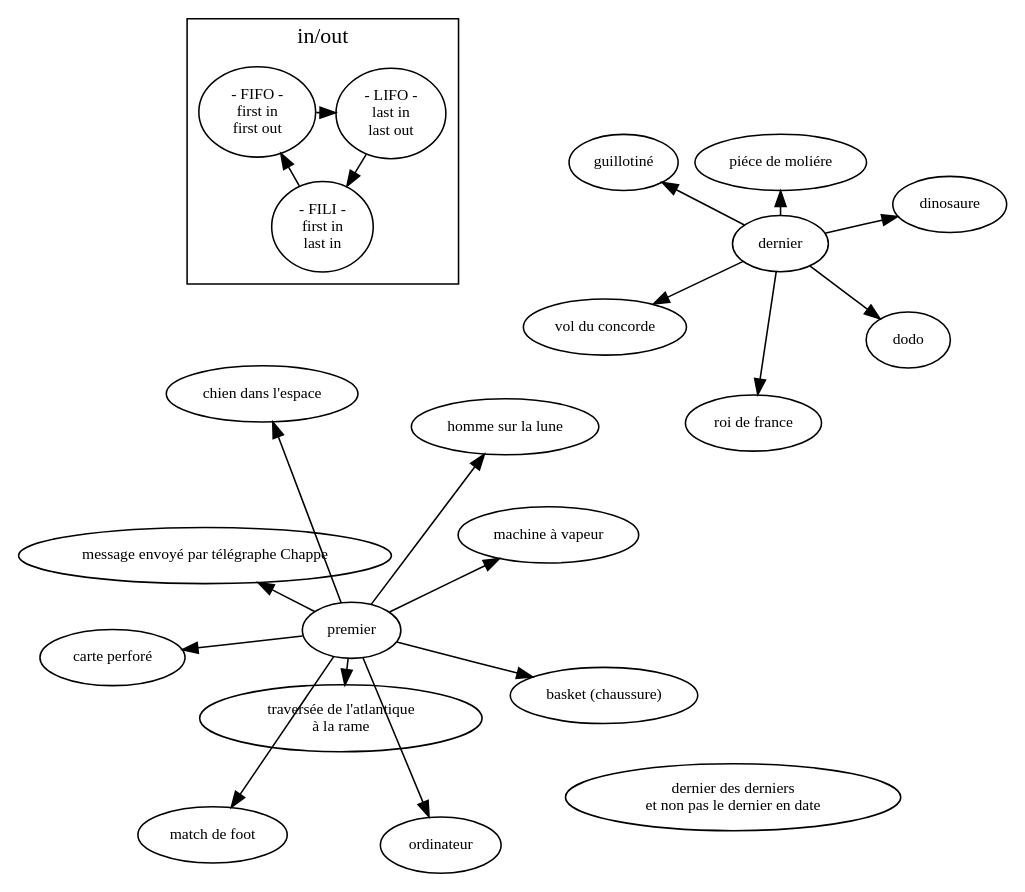
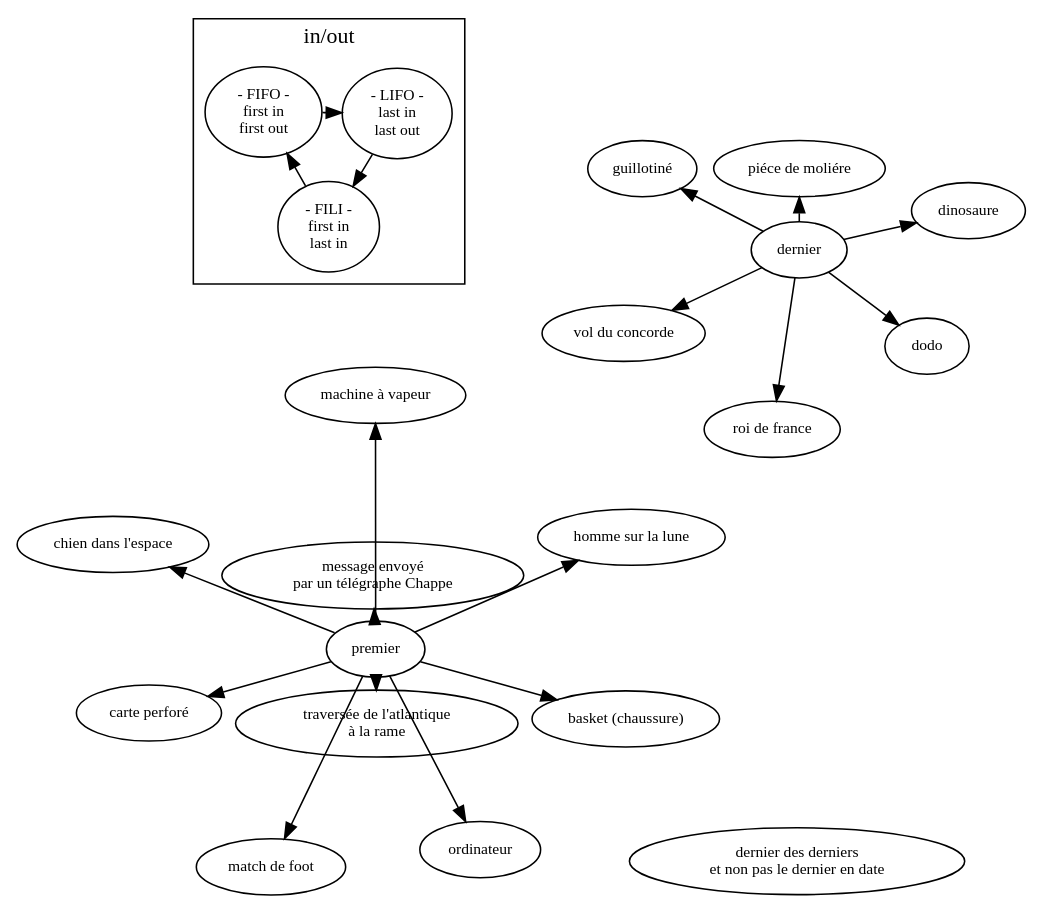
The diagram in sujet.dot (ensad-nancy/first-last), drawn with Graphviz before and after one commit.

Commit message:
+	first -> "message envoyé\npar un télégraphe Chappe"

```diff
--- a/sujet.dot
+++ b/sujet.dot
@@ -1,47 +1,47 @@
 digraph {
 
 	layout= "fdp"
 	
 
 	fontname="myriadpro"
 	fontsize = 14
 	rankdir="LR"
 	
 	
 	node [fontname="myriadpro", fontsize = 10]
 	edge [fontname="monaco", fontsize = 9]
 	
 	first [label="premier"]
 	last [label="dernier"]
 	
 	"dernier des derniers\n et non pas le dernier en date" 
 
 	first -> "homme sur la lune"
 	first -> "ordinateur"
 	first -> "chien dans l'espace"
 	first -> "machine à vapeur"
-	first -> "message envoyé par télégraphe Chappe"
+	first -> "message envoyé\npar un télégraphe Chappe"
 	first -> "carte perforé"
 	first -> "basket (chaussure)"
 	first -> "match de foot"
 	first -> "traversée de l'atlantique\nà la rame"
 	
 	last -> dodo
 	last -> "roi de france"
 	last -> "guillotiné"
 	last -> "dinosaure"
 	last -> "piéce de moliére"
 	last -> "vol du concorde"
 
 	subgraph cluster_FO{
 	
 		label="in/out"
 		
 		FIFO [label="- FIFO -\nfirst in\nfirst out"]
 		LIFO [label="- LIFO -\nlast in\nlast out"]
 		FILI [label="- FILI -\nfirst in\n last in"]
 
 		FILI -> FIFO -> LIFO -> FILI
 	}
 	
 }
```
